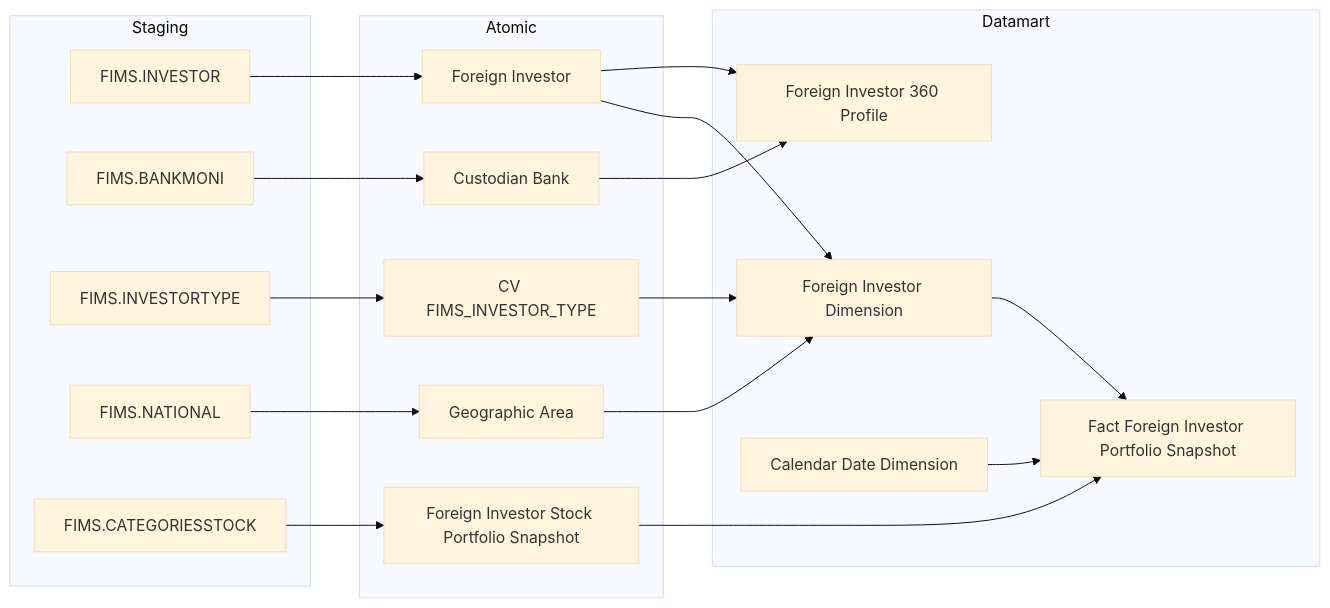
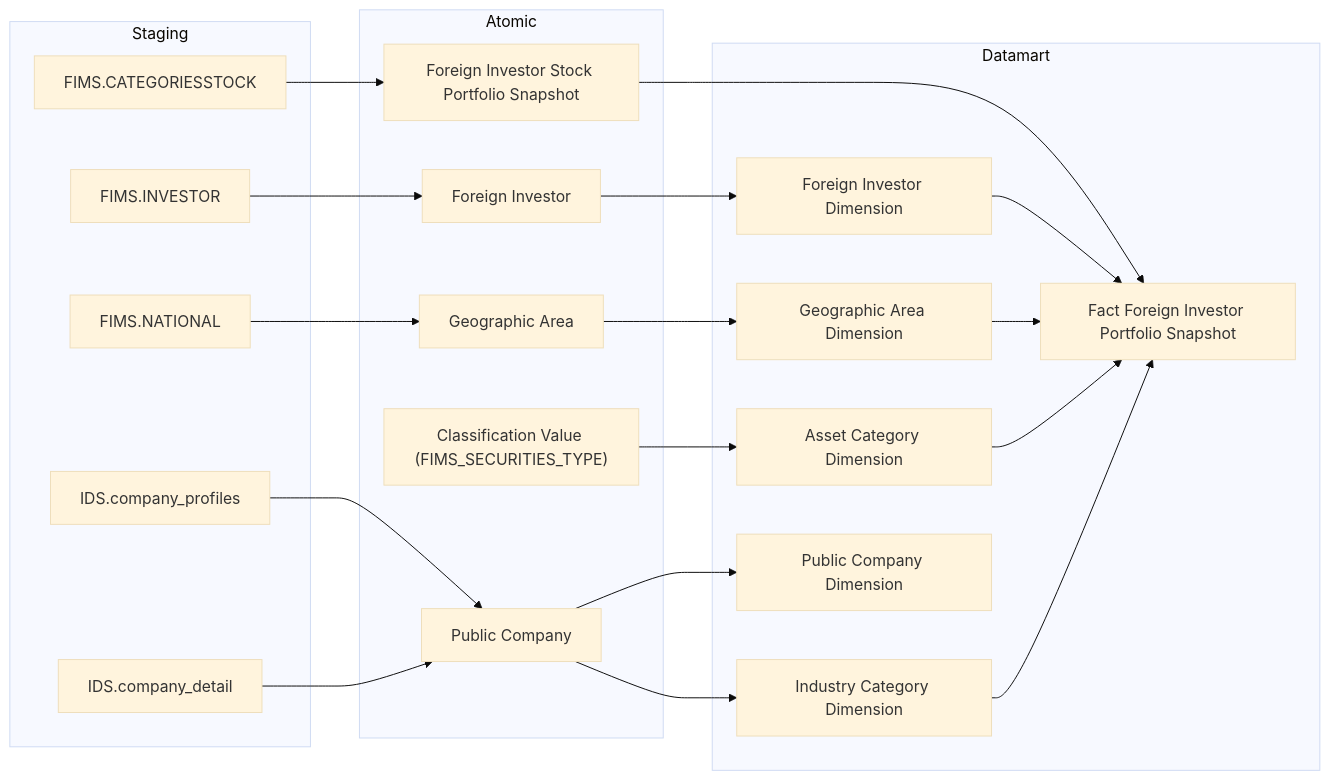
Before and after one commit to linhlvit/ubck_atomic_design: the third of 34 diagrams in Datamart/hld/DTM_NDTNN_HLD.md, drawn with Mermaid (base theme). The commit also changed other lines of this file and 10 other files, not shown here.

````diff
--- a/Datamart/hld/DTM_NDTNN_HLD.md
+++ b/Datamart/hld/DTM_NDTNN_HLD.md
@@ -62,41 +89,45 @@
 ```mermaid
 flowchart LR
     subgraph SRC["Staging"]
-        S1["FIMS.INVESTOR"]
-        S2["FIMS.BANKMONI"]
-        S3["FIMS.INVESTORTYPE"]
-        S4["FIMS.NATIONAL"]
-        S5["FIMS.CATEGORIESSTOCK"]
+        S1["FIMS.CATEGORIESSTOCK"]
+        S2["FIMS.INVESTOR"]
+        S3["FIMS.NATIONAL"]
+        S4["IDS.company_profiles"]
+        S5["IDS.company_detail"]
     end
 
     subgraph SIL["Atomic"]
-        SV1["Foreign Investor"]
-        SV2["Custodian Bank"]
-        SV3["CV FIMS_INVESTOR_TYPE"]
-        SV4["Geographic Area"]
-        SV5["Foreign Investor Stock Portfolio Snapshot"]
+        SV1["Foreign Investor Stock Portfolio Snapshot"]
+        SV2["Foreign Investor"]
+        SV3["Geographic Area"]
+        SV4["Public Company"]
+        SV5["Classification Value (FIMS_SECURITIES_TYPE)"]
     end
 
     subgraph Datamart["Datamart"]
-        G1["Foreign Investor 360 Profile"]
-        G2["Fact Foreign Investor Portfolio Snapshot"]
-        G3["Foreign Investor Dimension"]
-        G5["Calendar Date Dimension"]
+        G4["Asset Category Dimension"]
+        G2["Foreign Investor Dimension"]
+        G3["Geographic Area Dimension"]
+        G5["Industry Category Dimension"]
+        G6["Public Company Dimension"]
+        G1["Fact Foreign Investor Portfolio Snapshot"]
     end
 
     S1 --> SV1
     S2 --> SV2
     S3 --> SV3
     S4 --> SV4
-    S5 --> SV5
+    S5 --> SV4
 
     SV1 --> G1
-    SV2 --> G1
-    SV5 --> G2
-    SV1 --> G3
+    SV2 --> G2
     SV3 --> G3
-    SV4 --> G3
+    SV4 --> G5
+    SV4 --> G6
+    SV5 --> G4
 
-    G3 --> G2
-    G5 --> G2
+    G2 --> G1
+    G3 --> G1
+    G4 --> G1
+    G5 --> G1
 ```
````
